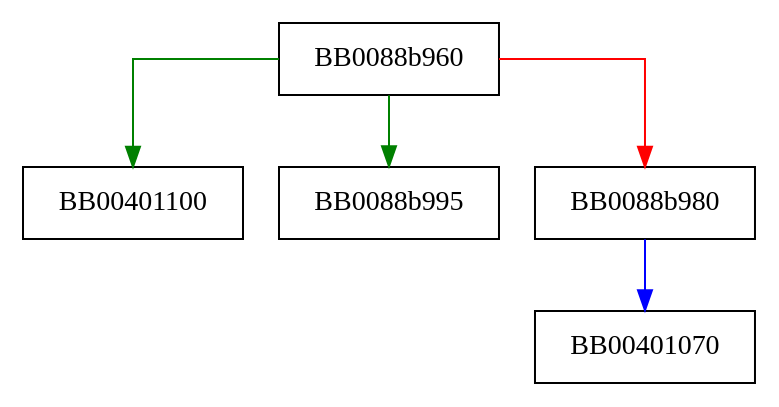
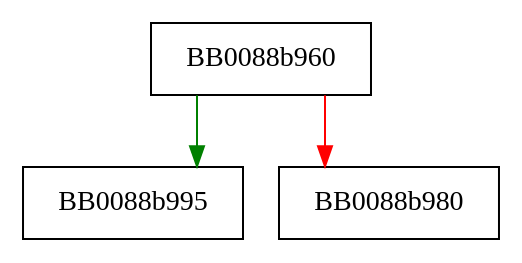
The diagram in openssl-static-gcc-dwarf/0088b960.dot (v-p-b/ghidra-function-graph-datasets), drawn with Graphviz before and after one commit. The commit also changed 16867 other files, not shown here.

```diff
--- a/openssl-static-gcc-dwarf/0088b960.dot
+++ b/openssl-static-gcc-dwarf/0088b960.dot
@@ -1,8 +1,6 @@
 digraph strdup {
   node [shape="box"];
   graph [splines=ortho];
-  BB0088b960 -> BB00401100 [color="green"];
   BB0088b960 -> BB0088b995 [color="green"];
   BB0088b960 -> BB0088b980 [color="red"];
-  BB0088b980 -> BB00401070 [color="blue"];
 }
```
